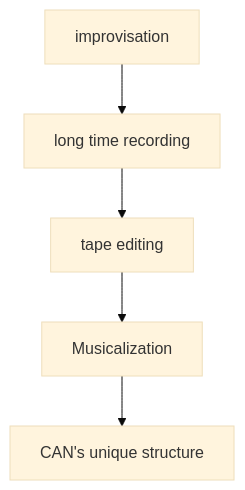
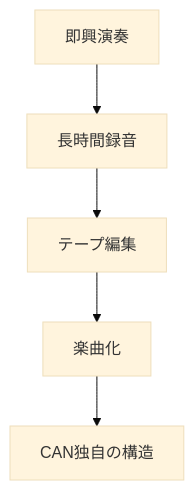
One commit to monumental-movement/monumental-movement.github.io changed the third of 8 diagrams in en/_posts/2026-05-16-column-holger-czukay.md. Above: the diagram before and after it, drawn with Mermaid (base theme). The commit also changed other lines of this file and 2196 other files, not shown here.

```diff
--- a/en/_posts/2026-05-16-column-holger-czukay.md
+++ b/en/_posts/2026-05-16-column-holger-czukay.md
@@ -216,7 +215,7 @@
 <div class="mermaid">
 flowchart TD
-A[improvisation] --> B[long time recording]
-B --> C[tape editing]
-C --> D[Musicalization]
-D --> E[CAN's unique structure]
+A[即興演奏] --> B[長時間録音]
+B --> C[テープ編集]
+C --> D[楽曲化]
+D --> E[CAN独自の構造]
 </div>
```
